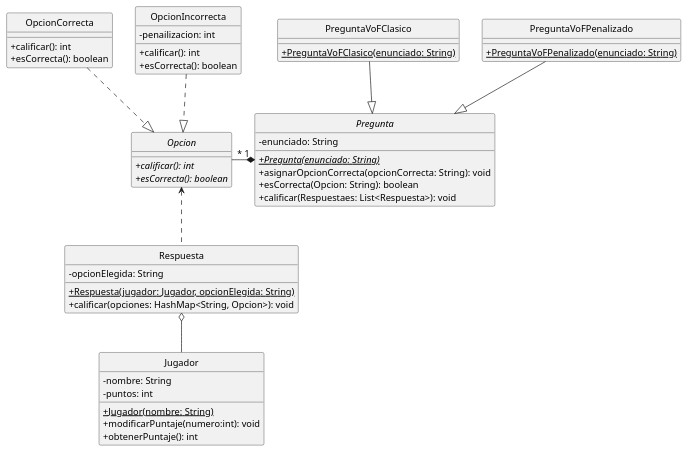
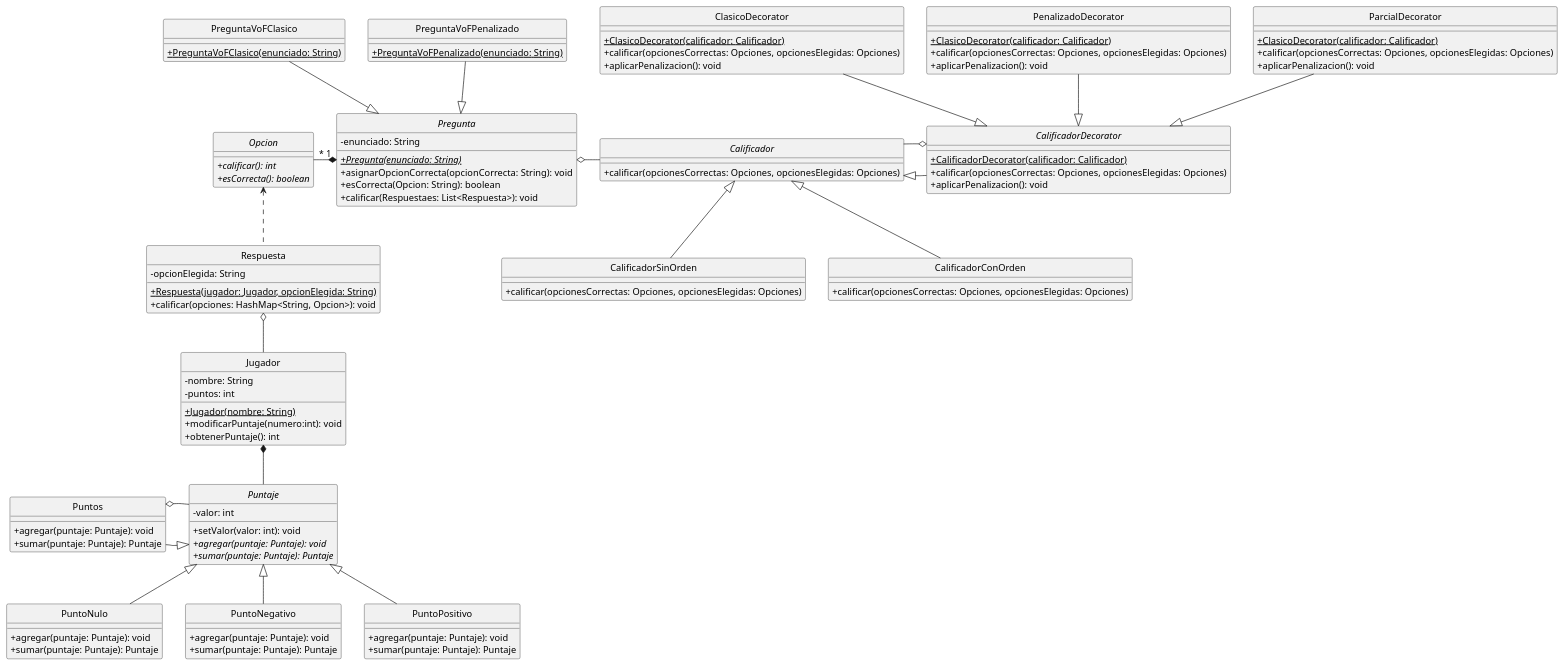
Before and after one commit to AmayaSantos/TP2-1: the diagram in src/main/java/edu/fiuba/algo3/modelo/diagramas/ModeloPosibleRefactorizacion.puml, drawn with PlantUML. The commit also changed 6 other files, not shown here.

Commit message:
Posible Diagrama de Clases

```diff
--- a/src/main/java/edu/fiuba/algo3/modelo/diagramas/ModeloPosibleRefactorizacion.puml
+++ b/src/main/java/edu/fiuba/algo3/modelo/diagramas/ModeloPosibleRefactorizacion.puml
@@ -1,61 +1,125 @@
 @startuml
 hide circle
 skinparam classAttributeIconSize 0
 
 'Clases
 Interface Opcion{
     +{abstract}calificar(): int
     +{abstract}esCorrecta(): boolean
-}
-
-Class OpcionCorrecta{
-    +calificar(): int
-    +esCorrecta(): boolean
-}
-
-Class OpcionIncorrecta{
-    -penailizacion: int
-    +calificar(): int
-    +esCorrecta(): boolean
 }
 
 Abstract Class Pregunta{
     -enunciado: String
     +{abstract}{static}Pregunta(enunciado: String)
     +asignarOpcionCorrecta(opcionCorrecta: String): void
     +esCorrecta(Opcion: String): boolean
     +calificar(Respuestaes: List<Respuesta>): void
 }
 
 Class PreguntaVoFClasico{
    +{static}PreguntaVoFClasico(enunciado: String)
 }
 
 Class PreguntaVoFPenalizado{
    +{static}PreguntaVoFPenalizado(enunciado: String)
 }
 
 Class Respuesta{
     -opcionElegida: String
     +{static}Respuesta(jugador: Jugador, opcionElegida: String)
     +calificar(opciones: HashMap<String, Opcion>): void
 }
 
 Class Jugador{
     -nombre: String
     -puntos: int
     +{Static}Jugador(nombre: String)
     +modificarPuntaje(numero:int): void
     +obtenerPuntaje(): int
 }
 
+Abstract Class Puntaje{
+    -valor: int
+    +setValor(valor: int): void
+    +{abstract}agregar(puntaje: Puntaje): void
+    +{abstract}sumar(puntaje: Puntaje): Puntaje
+}
+
+Class Puntos{
+    +agregar(puntaje: Puntaje): void
+    +sumar(puntaje: Puntaje): Puntaje
+}
+
+Class PuntoNulo{
+    +agregar(puntaje: Puntaje): void
+    +sumar(puntaje: Puntaje): Puntaje
+}
+
+Class PuntoNegativo{
+    +agregar(puntaje: Puntaje): void
+    +sumar(puntaje: Puntaje): Puntaje
+}
+
+Class PuntoPositivo{
+    +agregar(puntaje: Puntaje): void
+    +sumar(puntaje: Puntaje): Puntaje
+}
+
+Interface Calificador{
+    +calificar(opcionesCorrectas: Opciones, opcionesElegidas: Opciones)
+}
+
+Class CalificadorConOrden{
+    +calificar(opcionesCorrectas: Opciones, opcionesElegidas: Opciones)
+}
+
+Class CalificadorSinOrden{
+    +calificar(opcionesCorrectas: Opciones, opcionesElegidas: Opciones)
+}
+
+Abstract Class CalificadorDecorator{
+    +{Static}CalificadorDecorator(calificador: Calificador)
+    +calificar(opcionesCorrectas: Opciones, opcionesElegidas: Opciones)
+    +aplicarPenalizacion(): void
+}
+
+Class ClasicoDecorator{
+    +{Static}ClasicoDecorator(calificador: Calificador)
+    +calificar(opcionesCorrectas: Opciones, opcionesElegidas: Opciones)
+    +aplicarPenalizacion(): void
+}
+
+Class PenalizadoDecorator{
+    +{Static}ClasicoDecorator(calificador: Calificador)
+    +calificar(opcionesCorrectas: Opciones, opcionesElegidas: Opciones)
+    +aplicarPenalizacion(): void
+}
+
+Class ParcialDecorator{
+    +{Static}ClasicoDecorator(calificador: Calificador)
+    +calificar(opcionesCorrectas: Opciones, opcionesElegidas: Opciones)
+    +aplicarPenalizacion(): void
+}
+
 'Relaciones
-OpcionIncorrecta ..|> Opcion
-OpcionCorrecta ..|> Opcion
 PreguntaVoFPenalizado --|> Pregunta
 PreguntaVoFClasico --|> Pregunta
 Respuesta o-- Jugador
 Pregunta "1" *-left- "*" Opcion
 Respuesta .up.> Opcion
+PuntoNegativo -up-|> Puntaje
+PuntoNulo -up-|> Puntaje
+PuntoPositivo -up-|> Puntaje
+Puntos --|> Puntaje
+Puntos o-right- Puntaje
+Jugador *-- Puntaje
+Pregunta o-right- Calificador
+CalificadorDecorator -left-|> Calificador
+CalificadorDecorator o-left- Calificador
+CalificadorSinOrden -up-|> Calificador
+CalificadorConOrden -up-|> Calificador
+ClasicoDecorator --|> CalificadorDecorator
+PenalizadoDecorator --|> CalificadorDecorator
+ParcialDecorator --|> CalificadorDecorator
 
 @enduml
```
